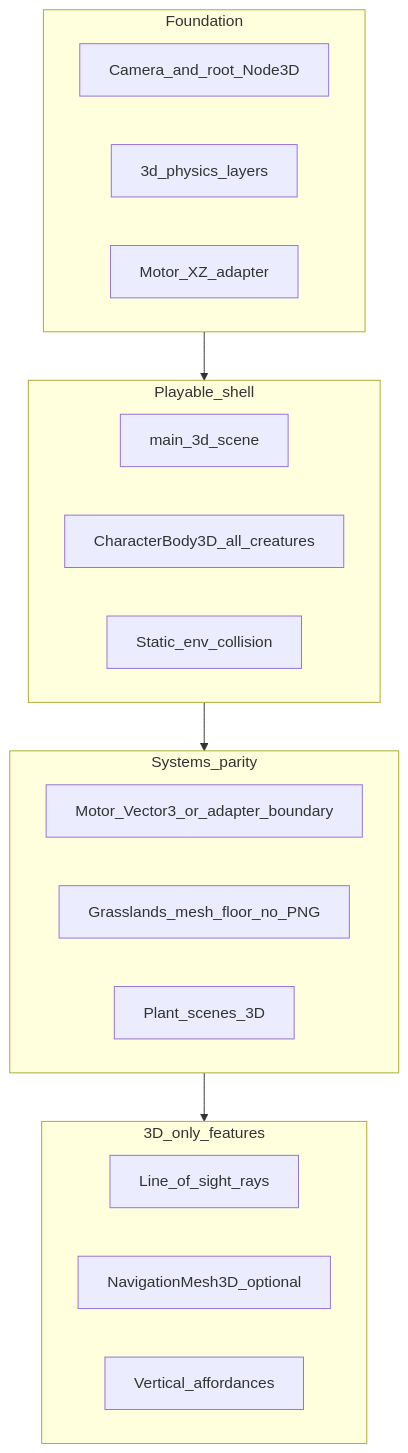
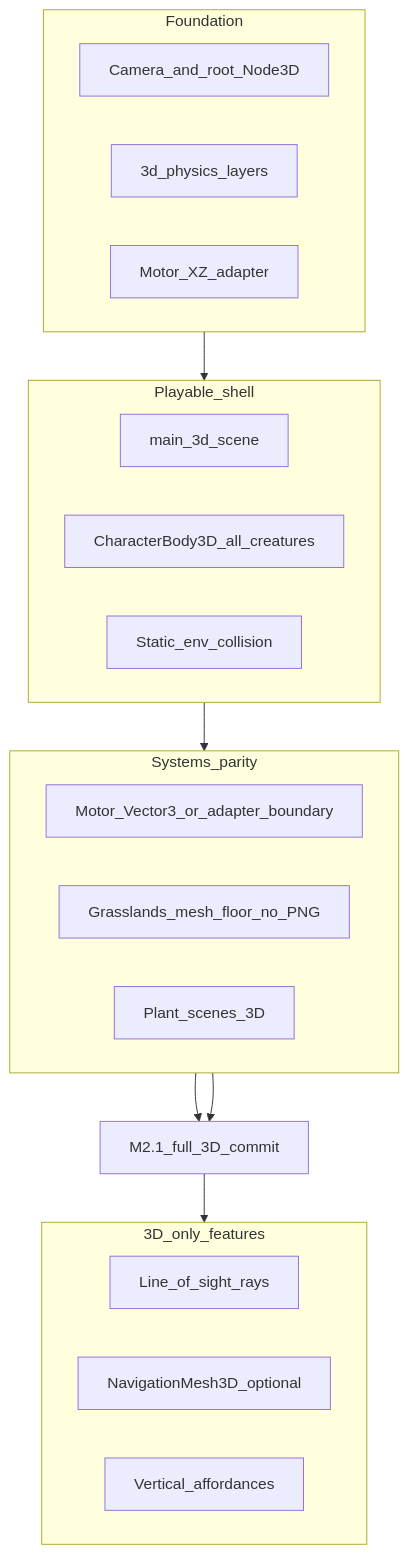
The diagram in Project_Docs/Draft_Features/CONVERT_TO_3D.md (sellmeyoursoul/hunter-killer), drawn with Mermaid before and after one commit. The commit also changed other lines of this file and 45 other files, not shown here.

````diff
--- a/Project_Docs/Draft_Features/CONVERT_TO_3D.md
+++ b/Project_Docs/Draft_Features/CONVERT_TO_3D.md
@@ -62,24 +62,25 @@
 ```mermaid
 flowchart TB
   subgraph phase0 [Foundation]
     Cam[Camera_and_root_Node3D]
     Layers[3d_physics_layers]
     Adapter[Motor_XZ_adapter]
   end
   subgraph phase1 [Playable_shell]
     Main3D[main_3d_scene]
     Bodies[CharacterBody3D_all_creatures]
     Env3D[Static_env_collision]
   end
   subgraph phase2 [Systems_parity]
     MotorRefactor[Motor_Vector3_or_adapter_boundary]
     GrasslandsMesh[Grasslands_mesh_floor_no_PNG]
     Plants3D[Plant_scenes_3D]
   end
   subgraph phase3 [3D_only_features]
     LoS[Line_of_sight_rays]
     Nav[NavigationMesh3D_optional]
     Vert[Vertical_affordances]
   end
-  phase0 --> phase1 --> phase2 --> phase3
+  phase2 --> M21[M2.1_full_3D_commit]
+  phase0 --> phase1 --> phase2 --> M21 --> phase3
 ```
````
